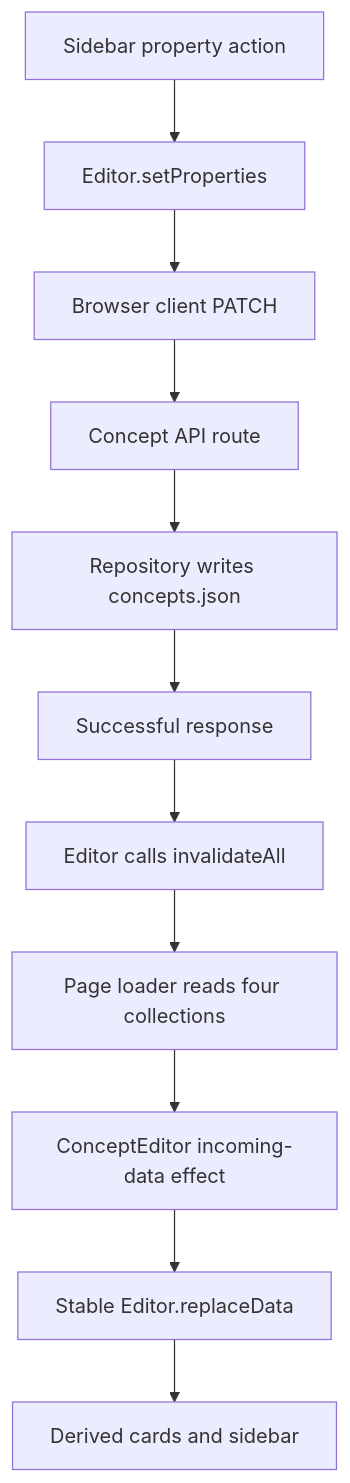
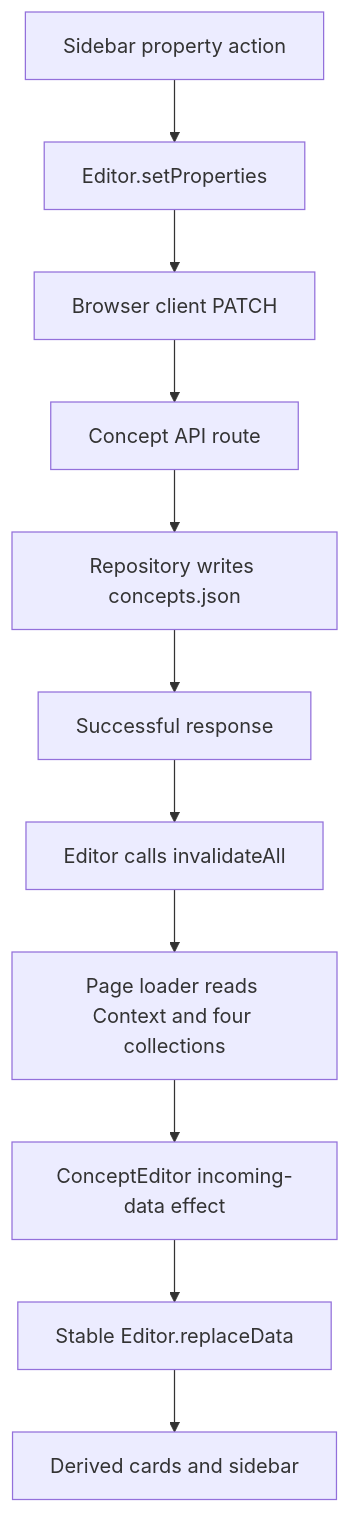
Before and after one commit to sp0ck1/concept-editor: the diagram in docs/tutorial/12-http-and-persistence.md, drawn with Mermaid. The commit also changed other lines of this file and 45 other files, not shown here.

````diff
--- a/docs/tutorial/12-http-and-persistence.md
+++ b/docs/tutorial/12-http-and-persistence.md
@@ -42,13 +42,13 @@
 ```mermaid
 flowchart TD
     A[Sidebar property action] --> B[Editor.setProperties]
     B --> C[Browser client PATCH]
     C --> D[Concept API route]
     D --> E[Repository writes concepts.json]
     E --> F[Successful response]
     F --> G[Editor calls invalidateAll]
-    G --> H[Page loader reads four collections]
+    G --> H[Page loader reads Context and four collections]
     H --> I[ConceptEditor incoming-data effect]
     I --> J[Stable Editor.replaceData]
     J --> K[Derived cards and sidebar]
 ```
````
